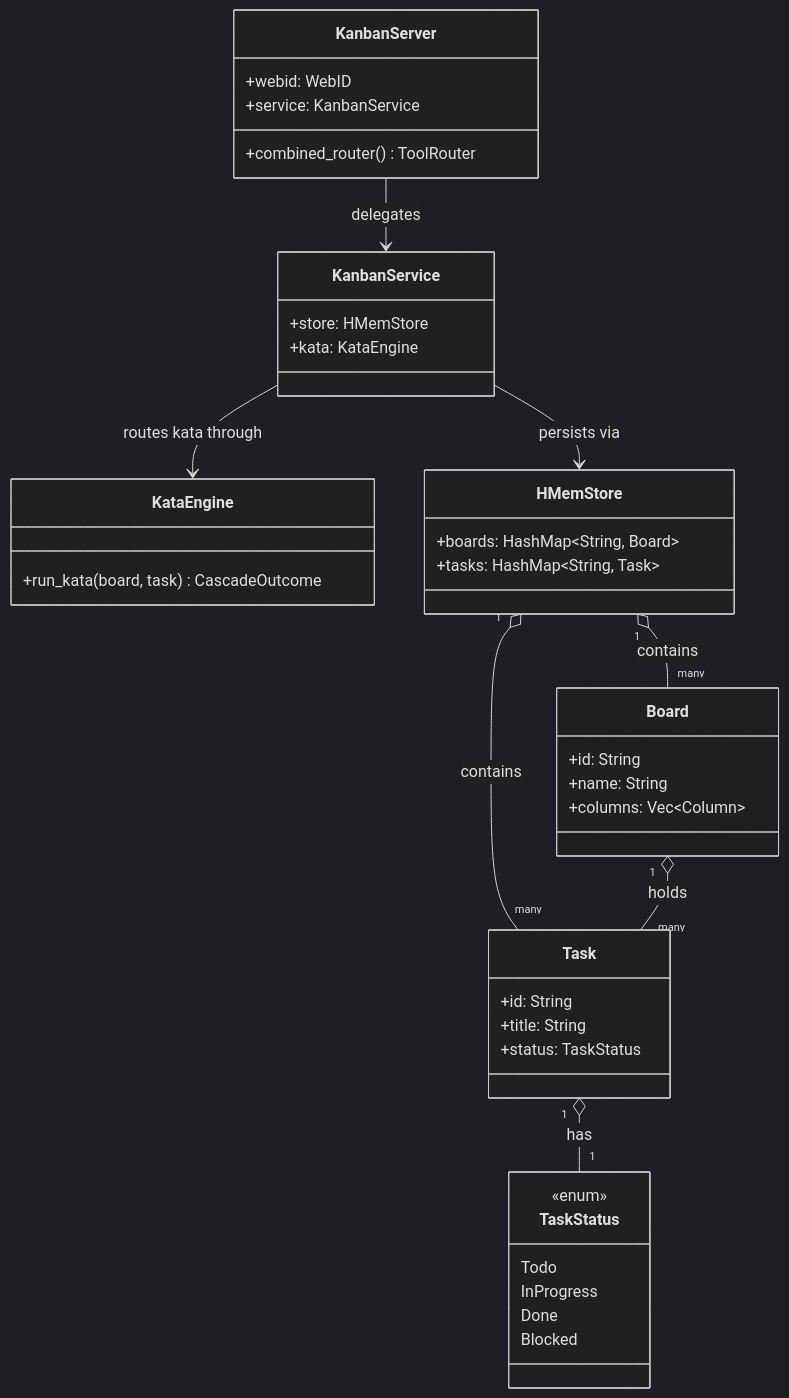
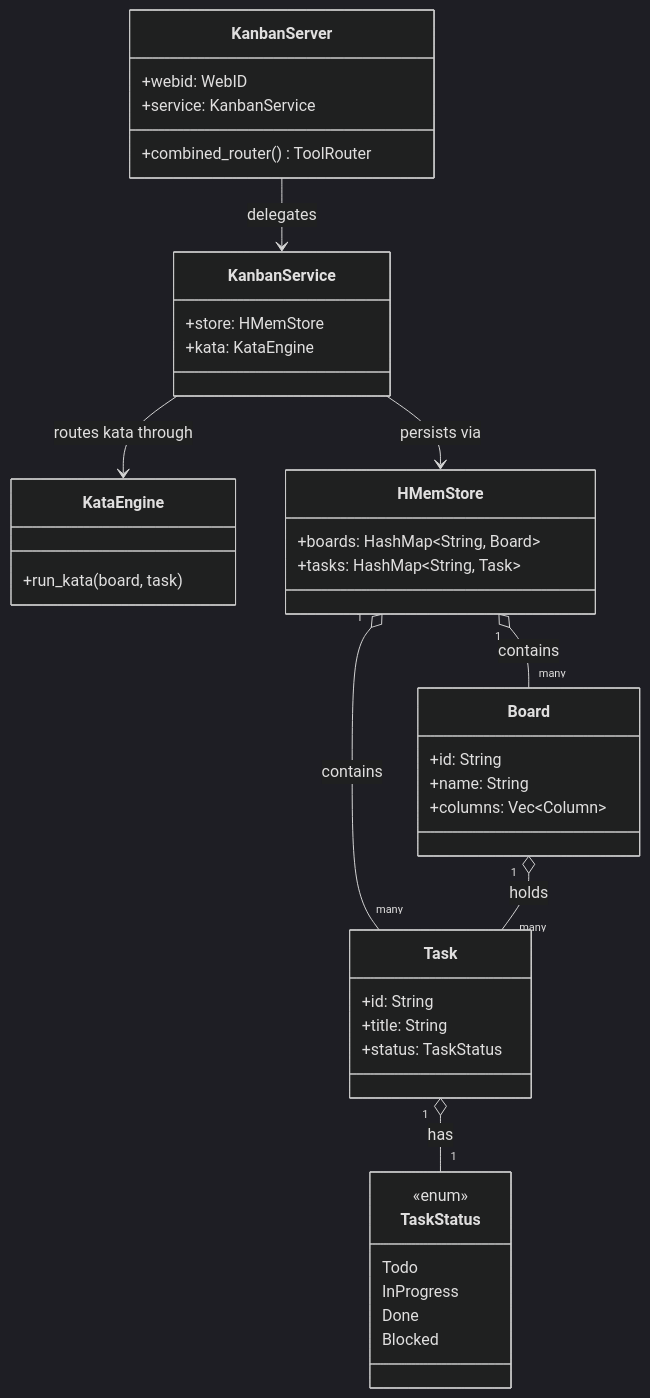
One commit to mdz-axo/zed-kask changed the diagram in kask/docs/reference/mcp-servers/README.md. Above: the diagram before and after it, drawn with Mermaid (dark theme). The commit also changed 18 other files, not shown here.

````diff
--- a/kask/docs/reference/mcp-servers/README.md
+++ b/kask/docs/reference/mcp-servers/README.md
@@ -93,45 +93,45 @@
 ```mermaid
 classDiagram
     direction TD
     class KanbanServer {
         +webid: WebID
         +service: KanbanService
         +combined_router() ToolRouter
     }
     class KanbanService {
         +store: HMemStore
         +kata: KataEngine
     }
     class KataEngine {
-        +run_kata(board, task) CascadeOutcome
+        +run_kata(board, task)
     }
     class HMemStore {
         +boards: HashMap~String, Board~
         +tasks: HashMap~String, Task~
     }
     class Board {
         +id: String
         +name: String
         +columns: Vec~Column~
     }
     class Task {
         +id: String
         +title: String
         +status: TaskStatus
     }
     class TaskStatus {
         <<enum>>
         Todo
         InProgress
         Done
         Blocked
     }
 
     KanbanServer --> KanbanService : delegates
     KanbanService --> HMemStore : persists via
     KanbanService --> KataEngine : routes kata through
     HMemStore "1" o-- "many" Board : contains
     HMemStore "1" o-- "many" Task : contains
     Board "1" o-- "many" Task : holds
     Task "1" o-- "1" TaskStatus : has
 ```
````
